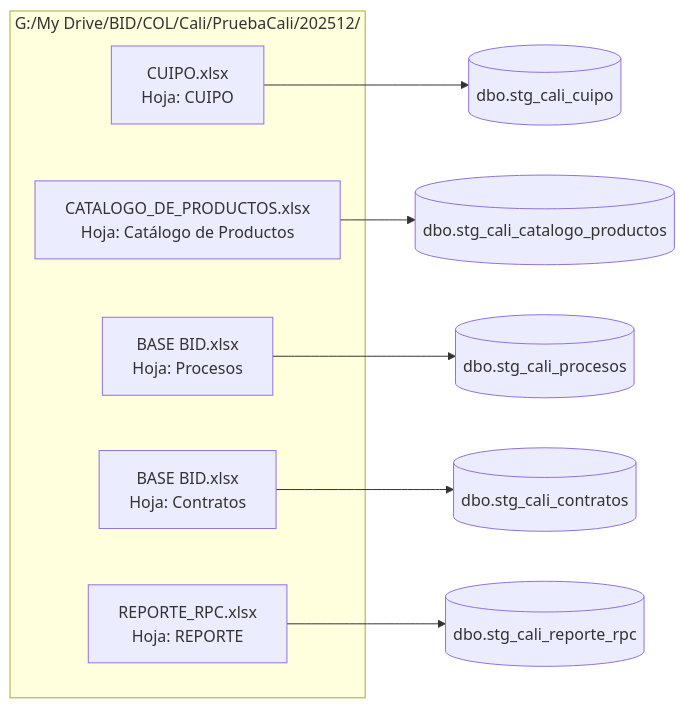
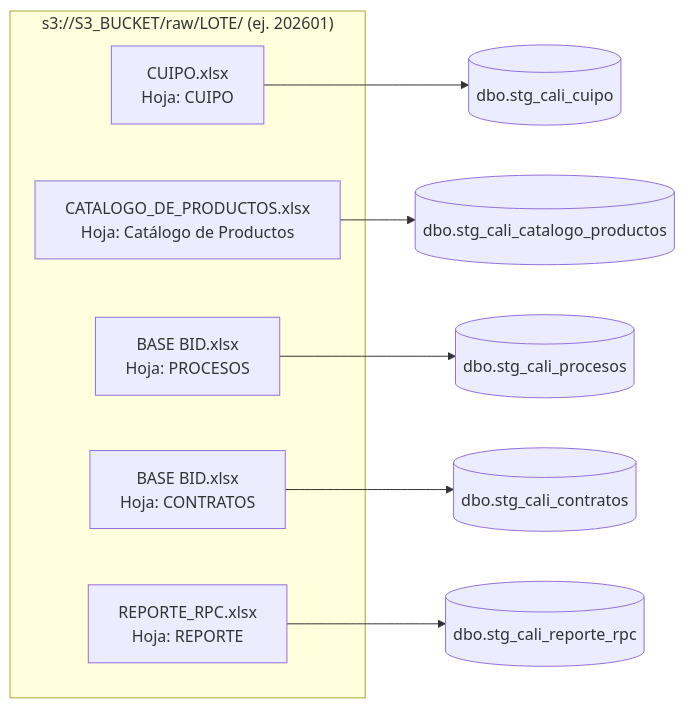
One commit to DiegoRincon-blend/prueba-ci-etl changed the second of 4 diagrams in pipelines/mapainversiones-cali/README.md. Above: the diagram before and after it, drawn with Mermaid. The commit also changed other lines of this file and 15 other files, not shown here.

````diff
--- a/pipelines/mapainversiones-cali/README.md
+++ b/pipelines/mapainversiones-cali/README.md
@@ -141,15 +157,15 @@
 ```mermaid
 flowchart LR
-    subgraph INPUTS["G:/My Drive/BID/COL/Cali/PruebaCali/202512/"]
+    subgraph INPUTS["s3://S3_BUCKET/raw/LOTE/ (ej. 202601)"]
         F0["CUIPO.xlsx<br/>Hoja: CUIPO"]
         F1["CATALOGO_DE_PRODUCTOS.xlsx<br/>Hoja: Catálogo de Productos"]
-        F2["BASE BID.xlsx<br/>Hoja: Procesos"]
-        F3["BASE BID.xlsx<br/>Hoja: Contratos"]
+        F2["BASE BID.xlsx<br/>Hoja: PROCESOS"]
+        F3["BASE BID.xlsx<br/>Hoja: CONTRATOS"]
         F4["REPORTE_RPC.xlsx<br/>Hoja: REPORTE"]
     end
     F0 --> S0[("dbo.stg_cali_cuipo")]
     F1 --> S1[("dbo.stg_cali_catalogo_productos")]
     F2 --> S2[("dbo.stg_cali_procesos")]
     F3 --> S3[("dbo.stg_cali_contratos")]
     F4 --> S4[("dbo.stg_cali_reporte_rpc")]
 ```
````
